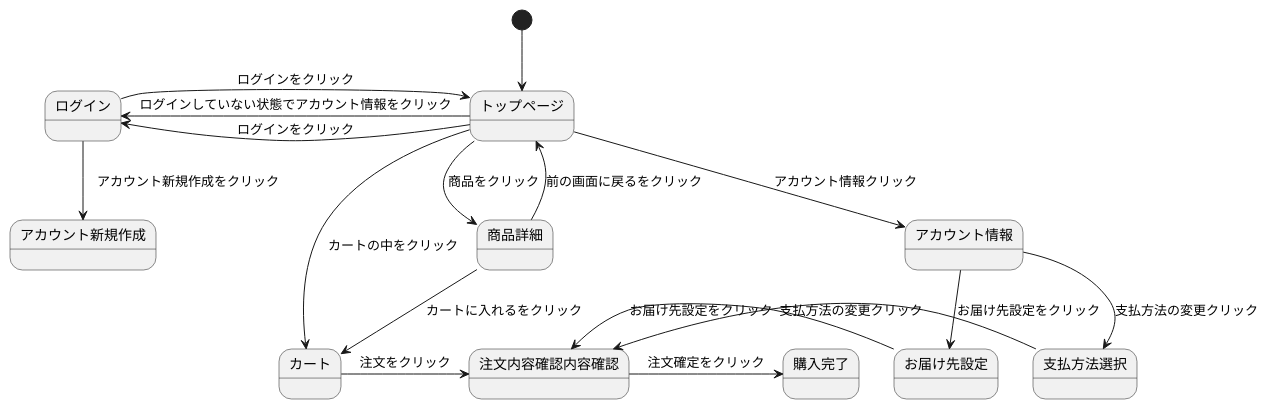
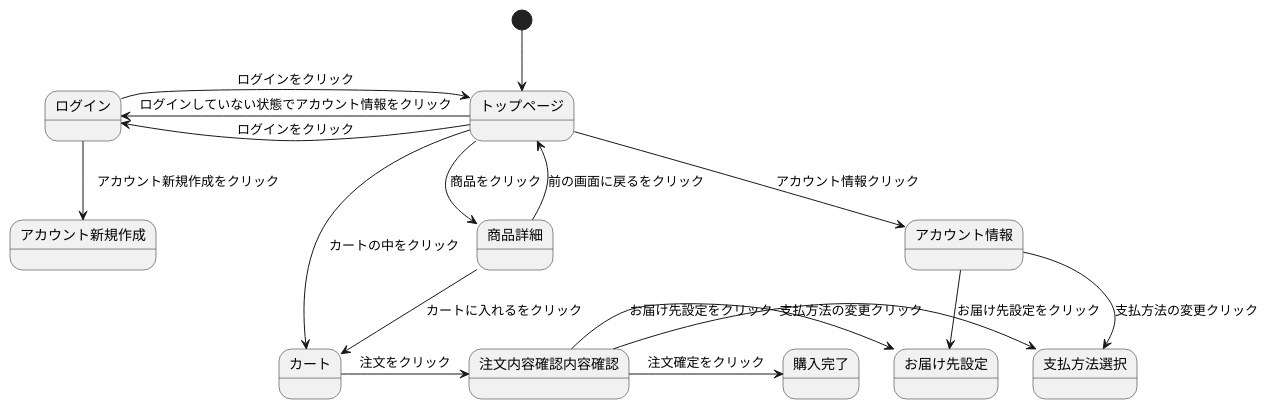
One commit to Aso2001133/2021sys-design changed the diagram in sumple_01.md. Above: the diagram before and after it, drawn with PlantUML.

````diff
--- a/sumple_01.md
+++ b/sumple_01.md
@@ -1,35 +1,35 @@
 ```uml
 @startuml
 [*] --> トップページ 
 
 トップページ -> アカウント情報 : アカウント情報クリック 
 
 トップページ -left-> ログイン : ログインをクリック
 
 トップページ -left-> ログイン : ログインしていない状態でアカウント情報をクリック
 
 トップページ --> 商品詳細 : 商品をクリック 
 
-トップページ --> カート : カートの中をクリック 
+トップページ ---> カート : カートの中をクリック 
 
 ログイン -> トップページ : ログインをクリック
 
 ログイン --> アカウント新規作成 :　アカウント新規作成をクリック
 
 アカウント情報 --> お届け先設定 : お届け先設定をクリック 
 
 アカウント情報 --> 支払方法選択 : 支払方法の変更クリック
 
 商品詳細 --> カート : カートに入れるをクリック 
 
 商品詳細 --> トップページ : 前の画面に戻るをクリック 
 
 カート -> 注文内容確認内容確認 : 注文をクリック 
 
-注文内容確認内容確認 <-- お届け先設定 : お届け先設定をクリック 
+注文内容確認内容確認 -> お届け先設定 : お届け先設定をクリック 
 
-注文内容確認内容確認 <-- 支払方法選択 : 支払方法の変更クリック
+注文内容確認内容確認 -> 支払方法選択 : 支払方法の変更クリック
 
 注文内容確認内容確認 -> 購入完了 : 注文確定をクリック 
 @enduml
 ```
````
